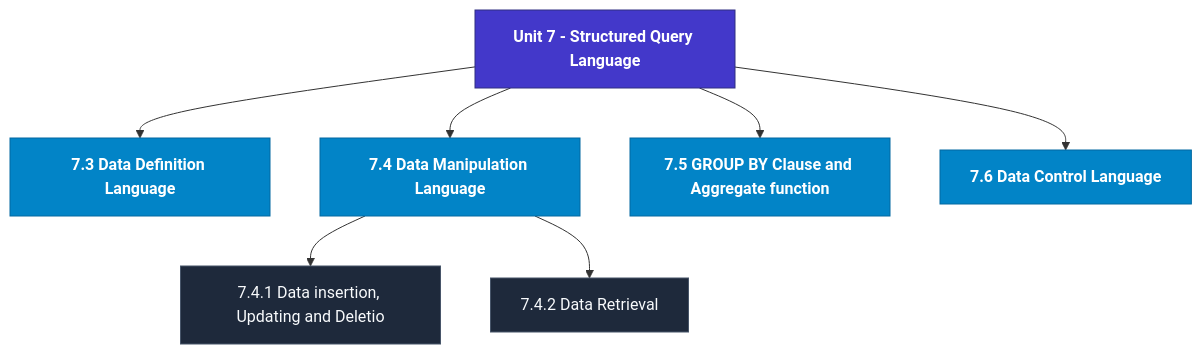
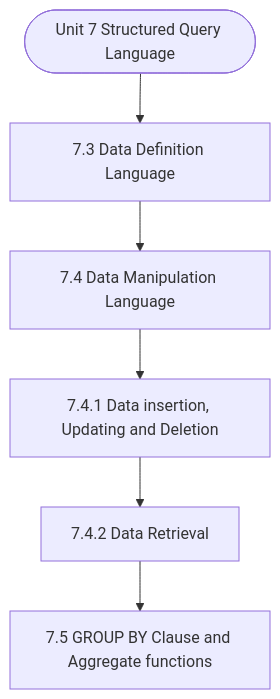
The diagram in notes/Semester_1/MCS-207_Database_Management_Systems/unit_07_Structured_Query_Language.md (Asutosh-Coaching/mscdsa), drawn with Mermaid before and after one commit. The commit also changed other lines of this file and 115 other files, not shown here.

Commit message:
Fix Mermaid layout for mobile, isolate LaTeX delimiters, and add GitHub Pages reader

````diff
--- a/notes/Semester_1/MCS-207_Database_Management_Systems/unit_07_Structured_Query_Language.md
+++ b/notes/Semester_1/MCS-207_Database_Management_Systems/unit_07_Structured_Query_Language.md
@@ -19,21 +19,14 @@
 ```mermaid
 flowchart TD
-  %% Styling Definitions
-  classDef head fill:#4338ca,stroke:#312e81,color:#ffffff,font-weight:bold;
-  classDef topic fill:#0284c7,stroke:#0369a1,color:#ffffff,font-weight:600;
-  classDef sub fill:#1e293b,stroke:#475569,color:#f8fafc;
-
-  Root["Unit 7 - Structured Query Language"]:::head
-  M1["7.3 Data Definition Language"]:::topic
-  Root --> M1
-  M2["7.4 Data Manipulation Language"]:::topic
-  Root --> M2
-  M2_1["7.4.1 Data insertion, Updating and Deletio"]:::sub
-  M2 --> M2_1
-  M2_2["7.4.2 Data Retrieval"]:::sub
-  M2 --> M2_2
-  M3["7.5 GROUP BY Clause and Aggregate function"]:::topic
-  Root --> M3
-  M4["7.6 Data Control Language"]:::topic
-  Root --> M4
+  Start(["Unit 7 Structured Query Language"])
+  N1["7.3 Data Definition Language"]
+  N2["7.4 Data Manipulation Language"]
+  N3["7.4.1 Data insertion, Updating and Deletion"]
+  N4["7.4.2 Data Retrieval"]
+  N5["7.5 GROUP BY Clause and Aggregate functions"]
+  Start --> N1
+  N1 --> N2
+  N2 --> N3
+  N3 --> N4
+  N4 --> N5
 ```
````
